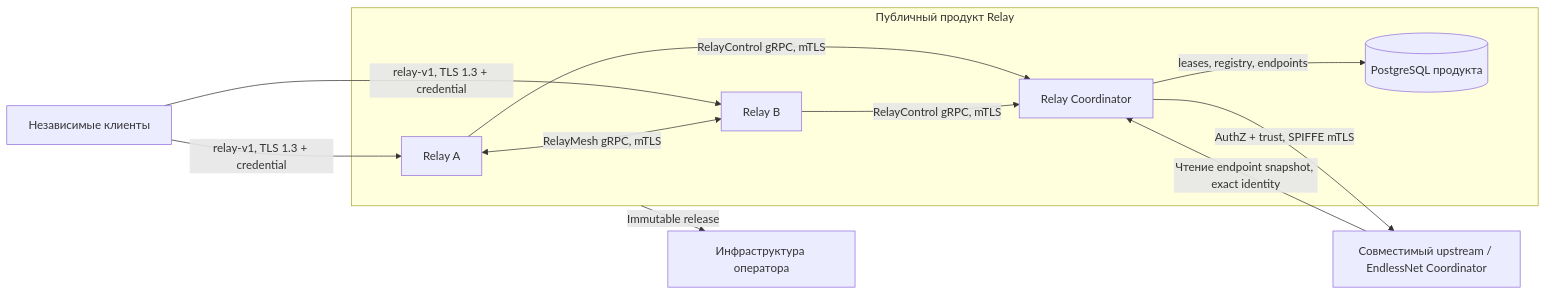
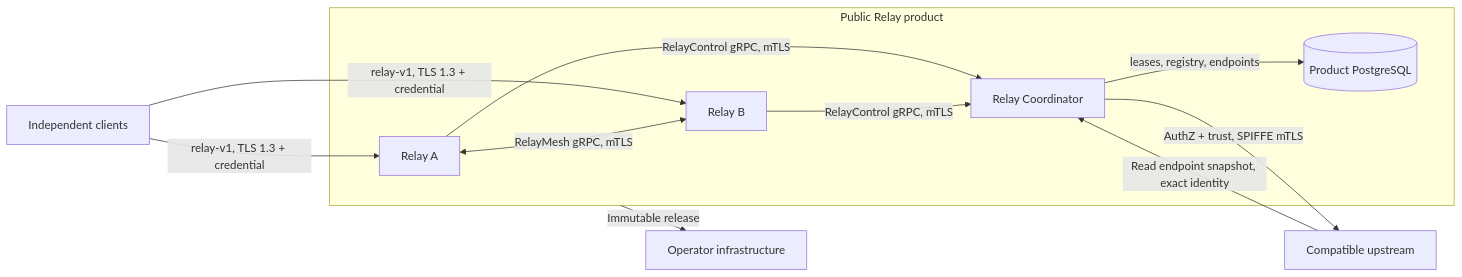
One commit to endless-net/relay changed the first of 2 diagrams in docs/architecture.md. Above: the diagram before and after it, drawn with Mermaid. The commit also changed other lines of this file and 19 other files, not shown here.

````diff
--- a/docs/architecture.md
+++ b/docs/architecture.md
@@ -35,14 +35,14 @@
 ```mermaid
 flowchart LR
-    A["Независимые клиенты"] -->|"relay-v1, TLS 1.3 + credential"| RA
+    A["Independent clients"] -->|"relay-v1, TLS 1.3 + credential"| RA
     A -->|"relay-v1, TLS 1.3 + credential"| RB
-    subgraph Product["Публичный продукт Relay"]
+    subgraph Product["Public Relay product"]
       RA["Relay A"] <-->|"RelayMesh gRPC, mTLS"| RB["Relay B"]
       RA -->|"RelayControl gRPC, mTLS"| RC["Relay Coordinator"]
       RB -->|"RelayControl gRPC, mTLS"| RC
-      RC -->|"leases, registry, endpoints"| PG[("PostgreSQL продукта")]
+      RC -->|"leases, registry, endpoints"| PG[("Product PostgreSQL")]
     end
-    RC -->|"AuthZ + trust, SPIFFE mTLS"| MC["Совместимый upstream / EndlessNet Coordinator"]
-    MC -->|"Чтение endpoint snapshot, exact identity"| RC
-    Product -->|"Immutable release"| Infra["Инфраструктура оператора"]
+    RC -->|"AuthZ + trust, SPIFFE mTLS"| UP["Compatible upstream"]
+    UP -->|"Read endpoint snapshot, exact identity"| RC
+    Product -->|"Immutable release"| Infra["Operator infrastructure"]
 ```
````
